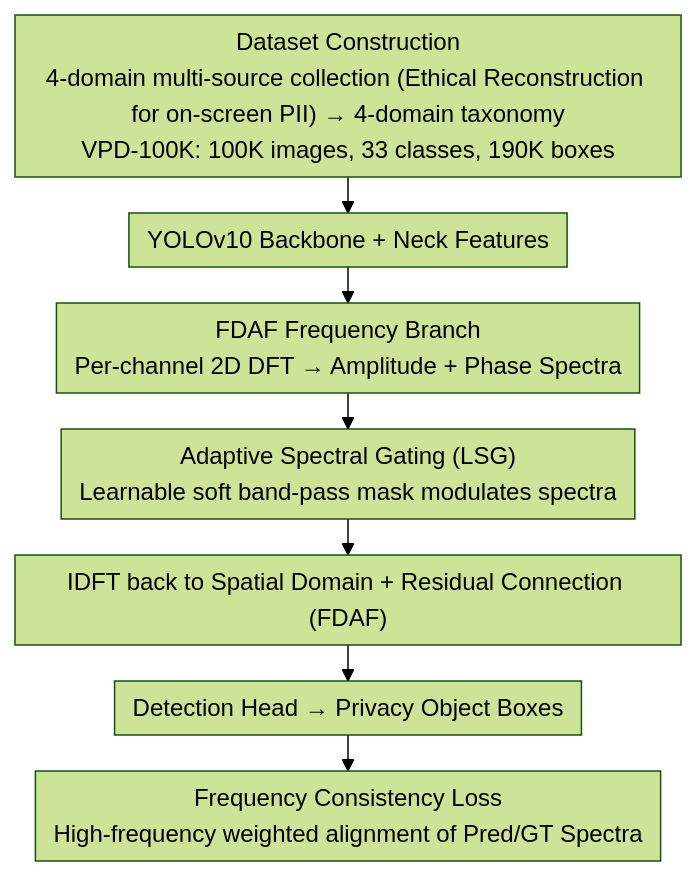
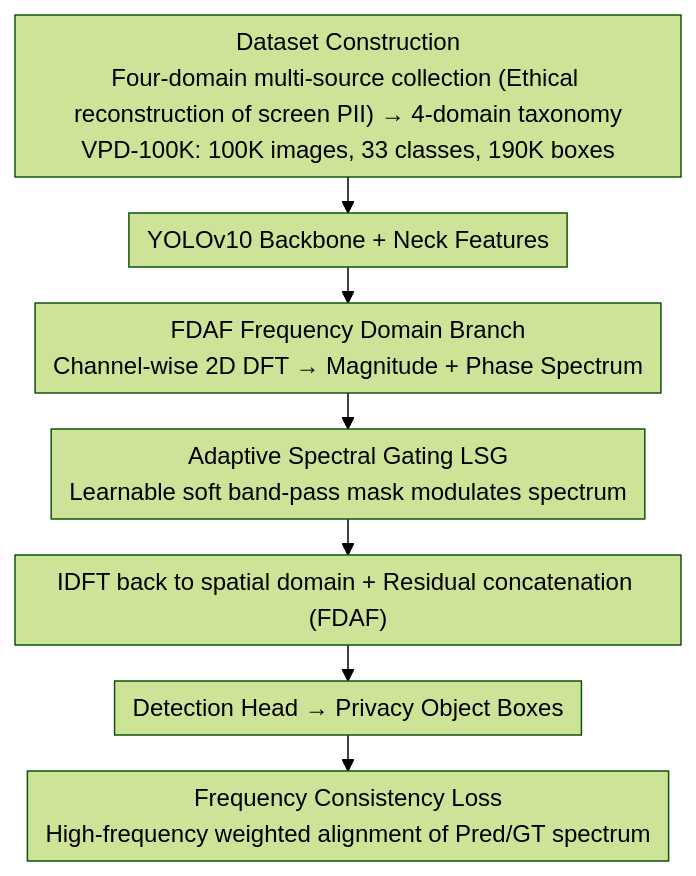
One commit to zhaoyang97/Paper-Notes-en changed the diagram in docs/ICML2026/ai_safety/vpd-100k_towards_generalizable_and_fine-grained_visual_privacy_protection.md. Above: the diagram before and after it, drawn with Mermaid (forest theme). The commit also changed other lines of this file and 5084 other files, not shown here.

````diff
--- a/docs/ICML2026/ai_safety/vpd-100k_towards_generalizable_and_fine-grained_visual_privacy_protection.md
+++ b/docs/ICML2026/ai_safety/vpd-100k_towards_generalizable_and_fine-grained_visual_privacy_protection.md
@@ -44,11 +44,11 @@
 ```mermaid
 %%{init: {'flowchart': {'rankSpacing': 24, 'nodeSpacing': 28, 'padding': 6, 'wrappingWidth': 420}}}%%
 flowchart TD
-    DATA["Dataset Construction<br/>4-domain multi-source collection (Ethical Reconstruction for on-screen PII) → 4-domain taxonomy<br/>VPD-100K: 100K images, 33 classes, 190K boxes"]
+    DATA["Dataset Construction<br/>Four-domain multi-source collection (Ethical reconstruction of screen PII) → 4-domain taxonomy<br/>VPD-100K: 100K images, 33 classes, 190K boxes"]
     DATA --> NK["YOLOv10 Backbone + Neck Features"]
-    NK --> DFT["FDAF Frequency Branch<br/>Per-channel 2D DFT → Amplitude + Phase Spectra"]
-    DFT --> GATE["Adaptive Spectral Gating (LSG)<br/>Learnable soft band-pass mask modulates spectra"]
-    GATE --> IDFT["IDFT back to Spatial Domain + Residual Connection (FDAF)"]
+    NK --> DFT["FDAF Frequency Domain Branch<br/>Channel-wise 2D DFT → Magnitude + Phase Spectrum"]
+    DFT --> GATE["Adaptive Spectral Gating LSG<br/>Learnable soft band-pass mask modulates spectrum"]
+    GATE --> IDFT["IDFT back to spatial domain + Residual concatenation (FDAF)"]
     IDFT --> HEAD["Detection Head → Privacy Object Boxes"]
-    HEAD --> LOSS["Frequency Consistency Loss<br/>High-frequency weighted alignment of Pred/GT Spectra"]
+    HEAD --> LOSS["Frequency Consistency Loss<br/>High-frequency weighted alignment of Pred/GT spectrum"]
 ```
````
